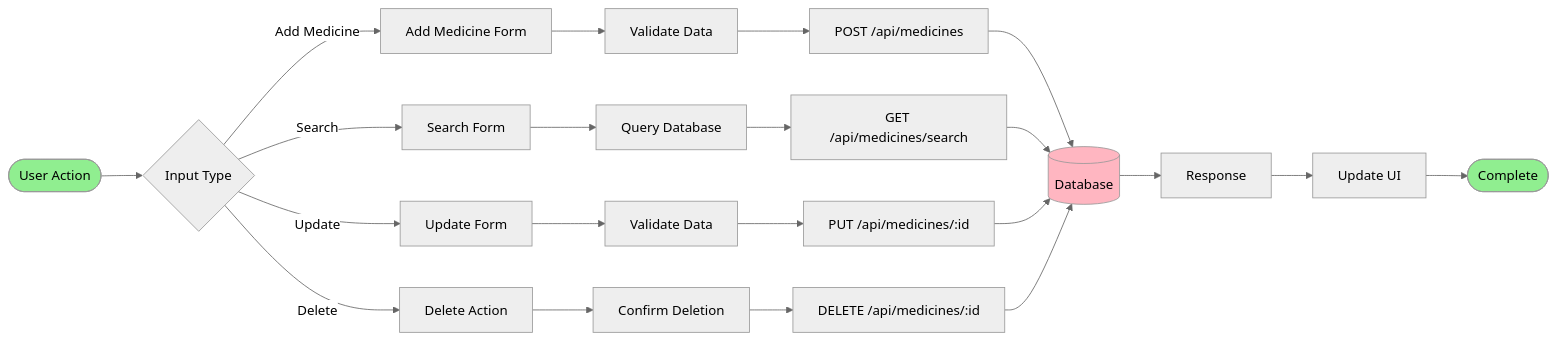
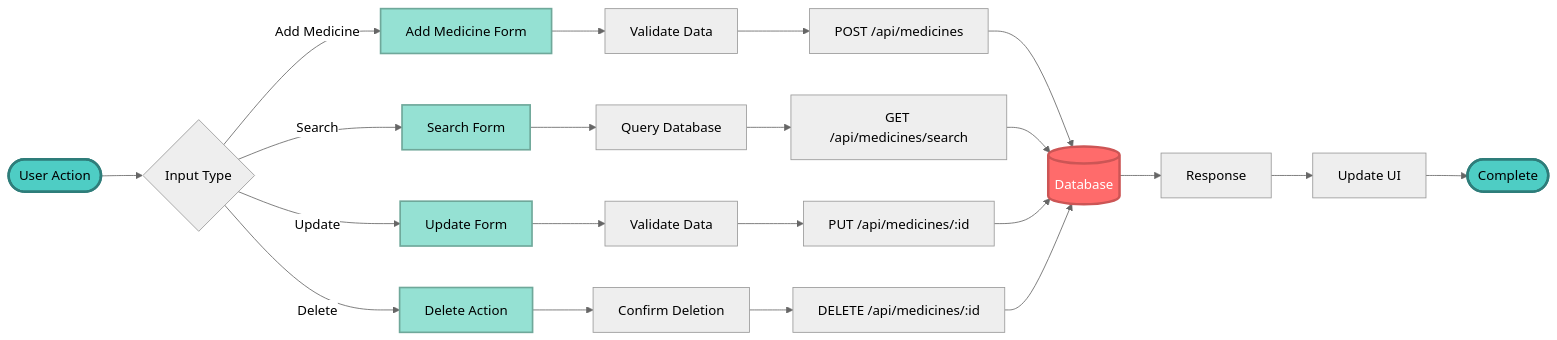
One commit to SairajJadhav08/MEDLOCUS---Precision-Care-Through-Smart-Management changed the third of 12 diagrams in README.md. Above: the diagram before and after it, drawn with Mermaid (neutral theme). The commit also changed other lines of this file, not shown here.

Commit message:
Update README: Fix GitHub rendering, improve logo layout, enhance mermaid diagrams

````diff
--- a/README.md
+++ b/README.md
@@ -388,31 +214,35 @@
 ```mermaid
 flowchart LR
-    Start([User Action]) --> Input{Input Type}
-    Input -->|Add Medicine| Add[Add Medicine Form]
-    Input -->|Search| Search[Search Form]
-    Input -->|Update| Update[Update Form]
-    Input -->|Delete| Delete[Delete Action]
+    Start(["User Action"]) --> Input{"Input Type"}
+    Input -->|"Add Medicine"| Add["Add Medicine Form"]
+    Input -->|"Search"| Search["Search Form"]
+    Input -->|"Update"| Update["Update Form"]
+    Input -->|"Delete"| Delete["Delete Action"]
     
-    Add --> Validate1[Validate Data]
-    Search --> Query[Query Database]
-    Update --> Validate2[Validate Data]
-    Delete --> Confirm[Confirm Deletion]
+    Add --> Validate1["Validate Data"]
+    Search --> Query["Query Database"]
+    Update --> Validate2["Validate Data"]
+    Delete --> Confirm["Confirm Deletion"]
     
-    Validate1 --> API1[POST /api/medicines]
-    Query --> API2[GET /api/medicines/search]
-    Validate2 --> API3[PUT /api/medicines/:id]
-    Confirm --> API4[DELETE /api/medicines/:id]
+    Validate1 --> API1["POST /api/medicines"]
+    Query --> API2["GET /api/medicines/search"]
+    Validate2 --> API3["PUT /api/medicines/:id"]
+    Confirm --> API4["DELETE /api/medicines/:id"]
     
-    API1 --> DB[(Database)]
+    API1 --> DB[("Database")]
     API2 --> DB
     API3 --> DB
     API4 --> DB
     
-    DB --> Response[Response]
-    Response --> UI[Update UI]
-    UI --> End([Complete])
+    DB --> Response["Response"]
+    Response --> UI["Update UI"]
+    UI --> End(["Complete"])
     
-    style Start fill:#90EE90
-    style End fill:#90EE90
-    style DB fill:#FFB6C1
+    style Start fill:#4ECDC4,stroke:#2E7D7A,stroke-width:3px,color:#000000
+    style End fill:#4ECDC4,stroke:#2E7D7A,stroke-width:3px,color:#000000
+    style DB fill:#FF6B6B,stroke:#CC5555,stroke-width:3px,color:#FFFFFF
+    style Add fill:#95E1D3,stroke:#6FA89A,stroke-width:2px,color:#000000
+    style Search fill:#95E1D3,stroke:#6FA89A,stroke-width:2px,color:#000000
+    style Update fill:#95E1D3,stroke:#6FA89A,stroke-width:2px,color:#000000
+    style Delete fill:#95E1D3,stroke:#6FA89A,stroke-width:2px,color:#000000
 ```
````
